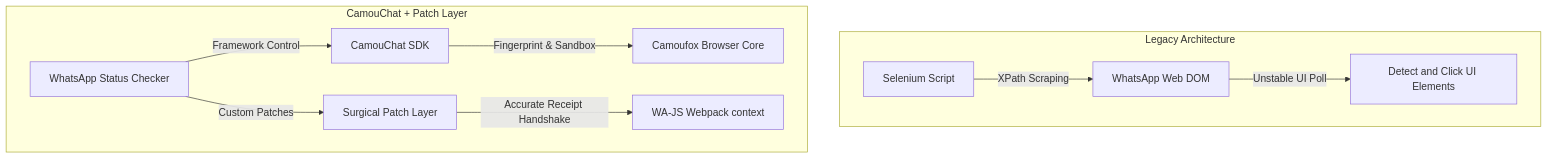
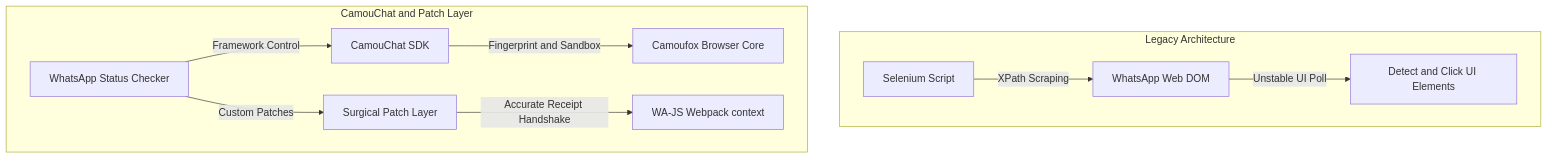
The diagram in MIGRATION.md (KrAsH-CoD3/WhatsApp-Status-Checker), drawn with Mermaid before and after one commit. The commit also changed other lines of this file and 1 other file, not shown here.

````diff
--- a/MIGRATION.md
+++ b/MIGRATION.md
@@ -16,14 +13,14 @@
 ```mermaid
 graph TD
-    subgraph Legacy Architecture
+    subgraph legacy [Legacy Architecture]
         A[Selenium Script] -->|XPath Scraping| B[WhatsApp Web DOM]
         B -->|Unstable UI Poll| C[Detect and Click UI Elements]
     end
 
-    subgraph CamouChat + Patch Layer
+    subgraph modern [CamouChat and Patch Layer]
         D[WhatsApp Status Checker] -->|Framework Control| E[CamouChat SDK]
-        E -->|Fingerprint & Sandbox| F[Camoufox Browser Core]
+        E -->|Fingerprint and Sandbox| F[Camoufox Browser Core]
         D -->|Custom Patches| G[Surgical Patch Layer]
         G -->|Accurate Receipt Handshake| H[WA-JS Webpack context]
     end
 ```
````
